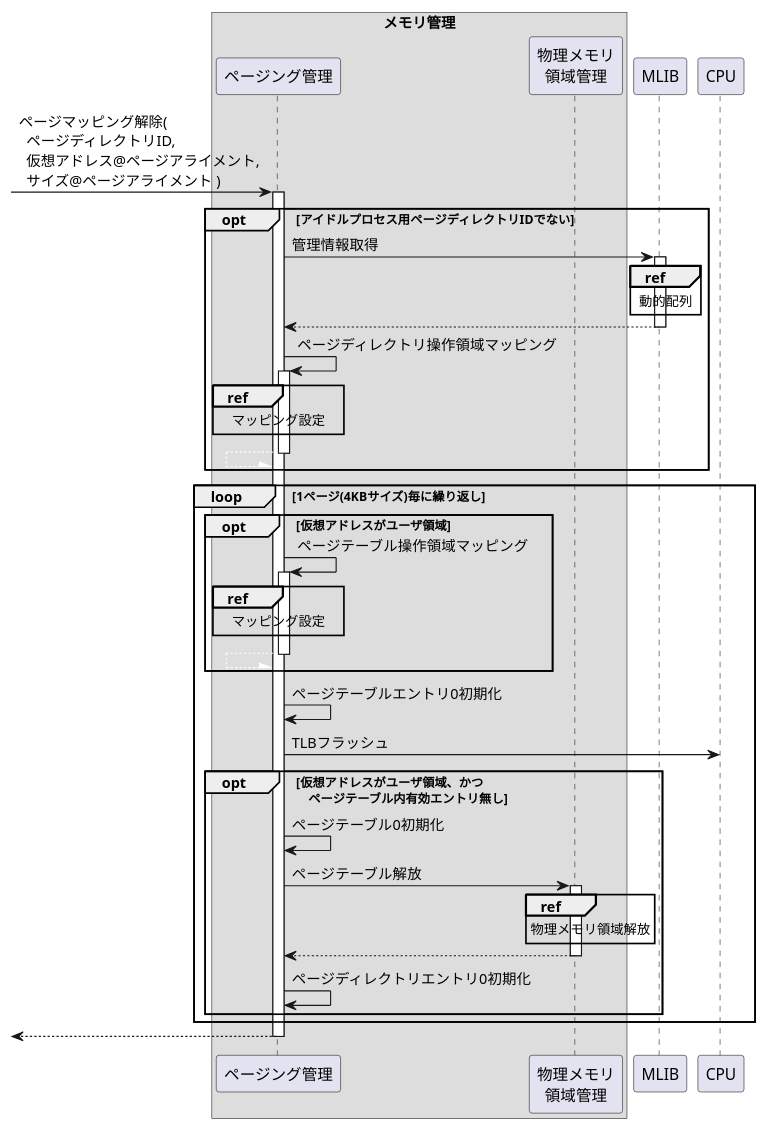
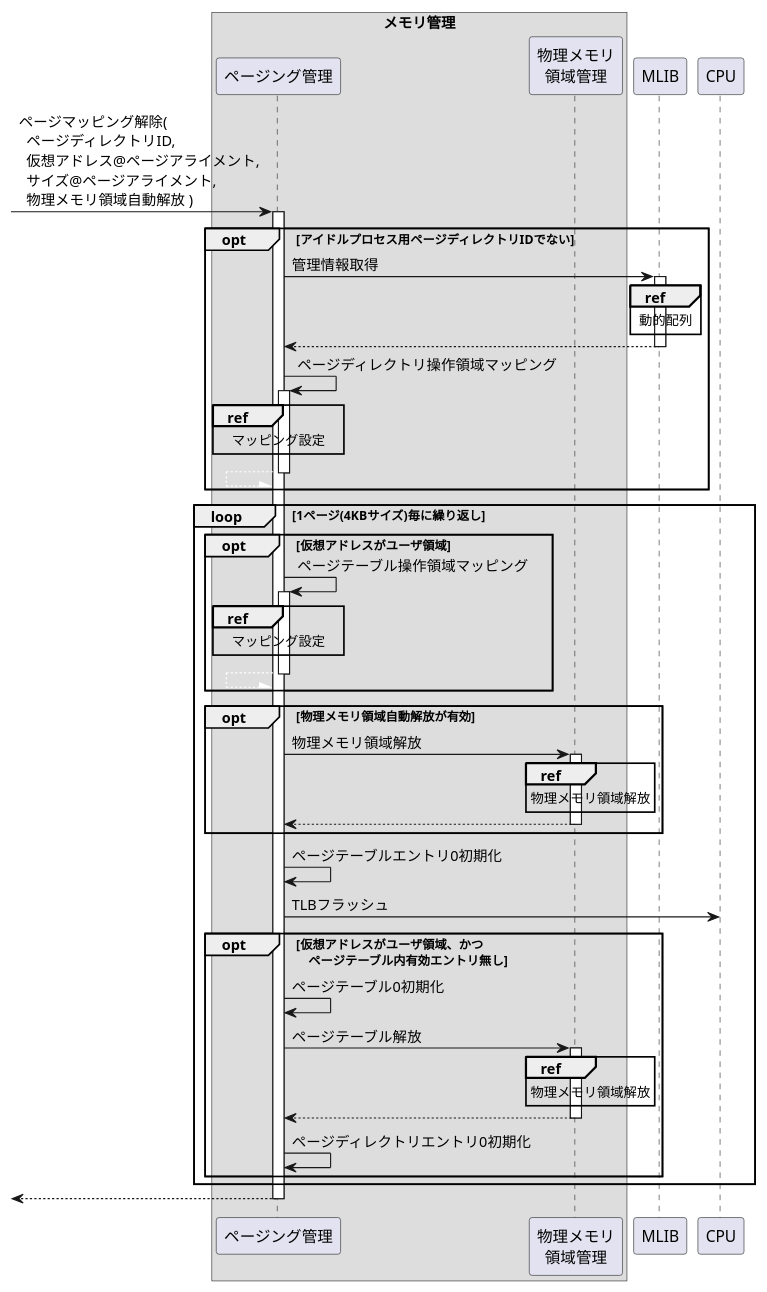
Before and after one commit to MasterMochi/MochiKernel: the diagram in docs/docs/internal/Memmng/Page/unset.puml, drawn with PlantUML. The commit also changed 23 other files, not shown here.

```diff
--- a/docs/docs/internal/Memmng/Page/unset.puml
+++ b/docs/docs/internal/Memmng/Page/unset.puml
@@ -1,56 +1,64 @@
 @startuml
 
 box "メモリ管理"
     participant "ページング管理"       as page
     participant "物理メモリ\n領域管理" as phys
 end box
 participant "MLIB" as mlib
 participant "CPU"  as cpu
 
--> page: ページマッピング解除(\n  ページディレクトリID,\n  仮想アドレス@ページアライメント,\n  サイズ@ページアライメント )
+-> page: ページマッピング解除(\n  ページディレクトリID,\n  仮想アドレス@ページアライメント,\n  サイズ@ページアライメント,\n  物理メモリ領域自動解放 )
 activate page
 
 opt アイドルプロセス用ページディレクトリIDでない
     page -> mlib: 管理情報取得
     activate mlib
     ref over mlib: 動的配列
     page <-- mlib:
     deactivate mlib
 
     page -> page: ページディレクトリ操作領域マッピング
     activate page
     ref over page: マッピング設定
     page /[#FFFFFF]-- page:
     deactivate page
 end opt
 
 loop 1ページ(4KBサイズ)毎に繰り返し
     opt 仮想アドレスがユーザ領域
 
         page -> page: ページテーブル操作領域マッピング
         activate page
         ref over page: マッピング設定
         page /[#FFFFFF]-- page:
         deactivate page
     end opt
 
+    opt 物理メモリ領域自動解放が有効
+        page -> phys: 物理メモリ領域解放
+        activate phys
+        ref over phys: 物理メモリ領域解放
+        page <-- phys:
+        deactivate phys
+    end opt
+
     page -> page: ページテーブルエントリ0初期化
     page -> cpu: TLBフラッシュ
 
     opt 仮想アドレスがユーザ領域、かつ\n　ページテーブル内有効エントリ無し
         page -> page: ページテーブル0初期化
 
         page -> phys: ページテーブル解放
         activate phys
         ref over phys: 物理メモリ領域解放
         page <-- phys:
         deactivate phys
 
         page -> page: ページディレクトリエントリ0初期化
     end opt
 end loop
 
 <-- page:
 deactivate page
 
 @enduml
```
